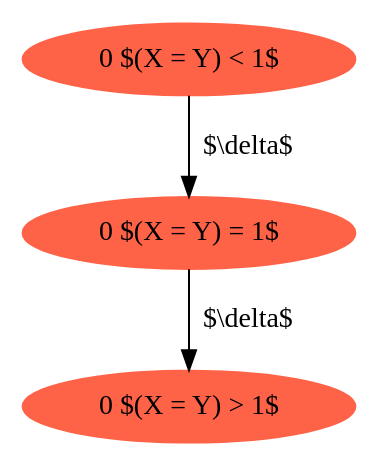
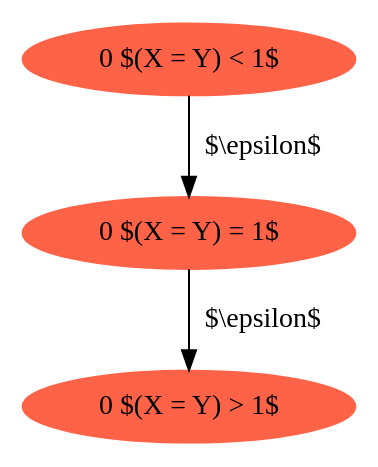
Before and after one commit to sguha100/bachelor-thesis: the diagram in thesis/breaking2-zones01.dot, drawn with Graphviz. The commit also changed 5 other files, not shown here.

Commit message:
Changed the diagrams, added more content to the thesis.

```diff
--- a/thesis/breaking2-zones01.dot
+++ b/thesis/breaking2-zones01.dot
@@ -1,7 +1,7 @@
 digraph {
 "0 $(X = Y) < 1$" [style=filled,color=tomato];
 "0 $(X = Y) = 1$" [style=filled,color=tomato];
 "0 $(X = Y) > 1$" [style=filled,color=tomato];
-"0 $(X = Y) < 1$" -> "0 $(X = Y) = 1$" [label = "$\\delta$"]
-"0 $(X = Y) = 1$" -> "0 $(X = Y) > 1$" [label = "$\\delta$"]
+"0 $(X = Y) < 1$" -> "0 $(X = Y) = 1$" [label = "$\\epsilon$"]
+"0 $(X = Y) = 1$" -> "0 $(X = Y) > 1$" [label = "$\\epsilon$"]
 }
```
